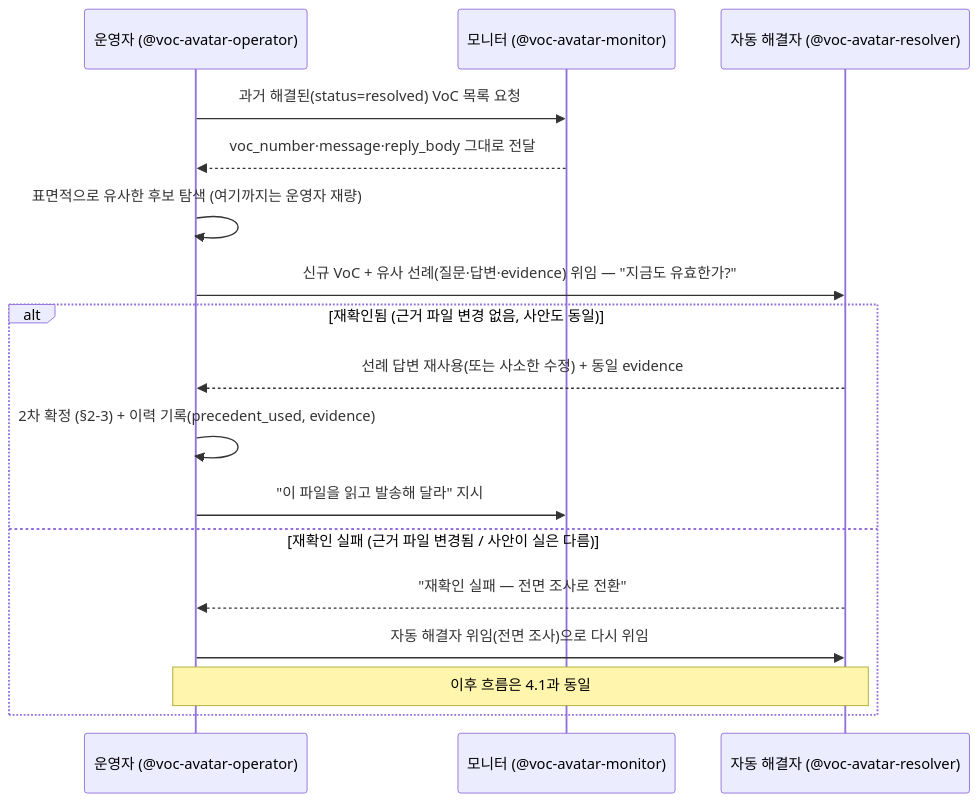
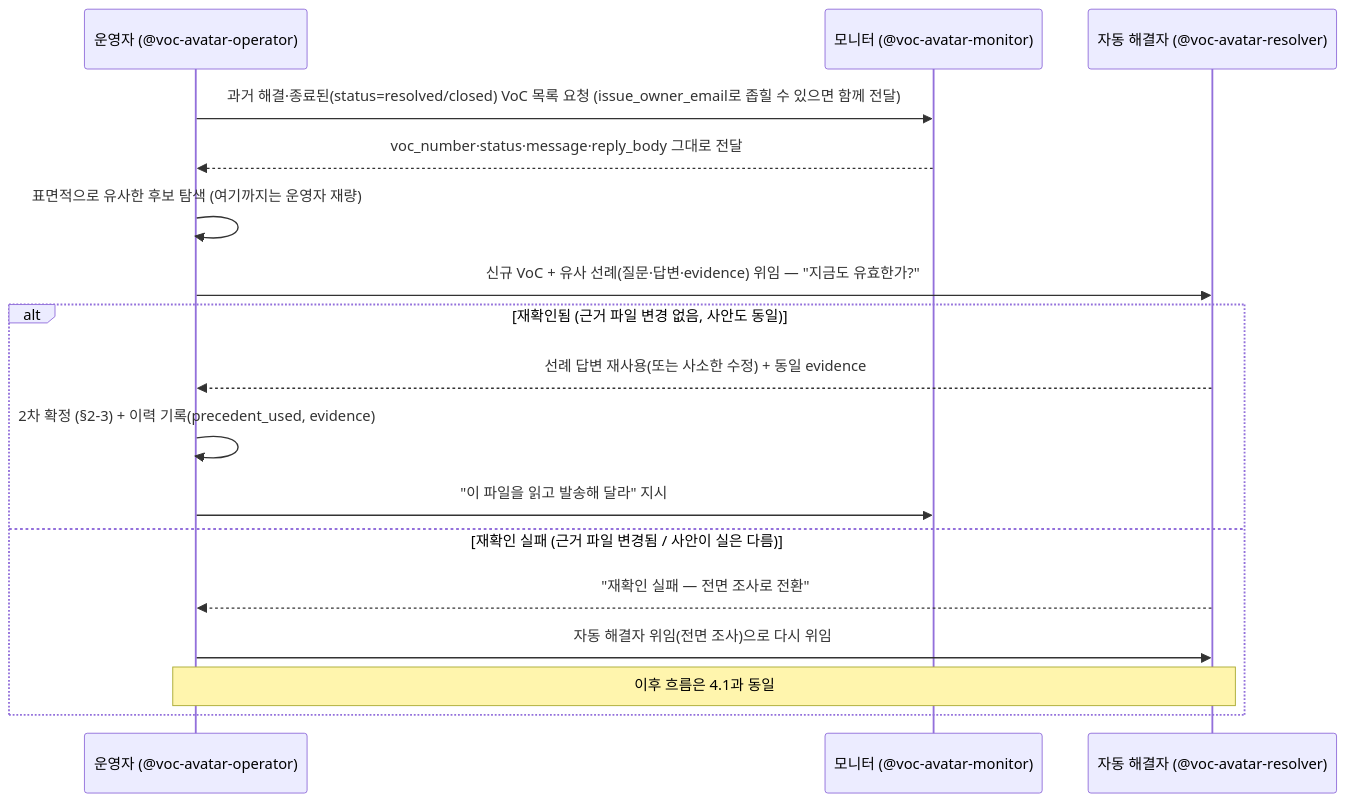
One commit to panicdna/try-avatar changed the third of 4 diagrams in voc-avatar-marketplace/plugins/voc-avatar-partner/README.md. Above: the diagram before and after it, drawn with Mermaid. The commit also changed other lines of this file and 2 other files, not shown here.

````diff
--- a/voc-avatar-marketplace/plugins/voc-avatar-partner/README.md
+++ b/voc-avatar-marketplace/plugins/voc-avatar-partner/README.md
@@ -340,20 +340,20 @@
 ```mermaid
 sequenceDiagram
     participant O as 운영자 (@voc-avatar-operator)
     participant M as 모니터 (@voc-avatar-monitor)
     participant R as 자동 해결자 (@voc-avatar-resolver)
 
-    O->>M: 과거 해결된(status=resolved) VoC 목록 요청
-    M-->>O: voc_number·message·reply_body 그대로 전달
+    O->>M: 과거 해결·종료된(status=resolved/closed) VoC 목록 요청 (issue_owner_email로 좁힐 수 있으면 함께 전달)
+    M-->>O: voc_number·status·message·reply_body 그대로 전달
     O->>O: 표면적으로 유사한 후보 탐색 (여기까지는 운영자 재량)
     O->>R: 신규 VoC + 유사 선례(질문·답변·evidence) 위임 — "지금도 유효한가?"
     alt 재확인됨 (근거 파일 변경 없음, 사안도 동일)
         R-->>O: 선례 답변 재사용(또는 사소한 수정) + 동일 evidence
         O->>O: 2차 확정 (§2-3) + 이력 기록(precedent_used, evidence)
         O->>M: "이 파일을 읽고 발송해 달라" 지시
     else 재확인 실패 (근거 파일 변경됨 / 사안이 실은 다름)
         R-->>O: "재확인 실패 — 전면 조사로 전환"
         O->>R: 자동 해결자 위임(전면 조사)으로 다시 위임
         Note over O,R: 이후 흐름은 4.1과 동일
     end
 ```
````
